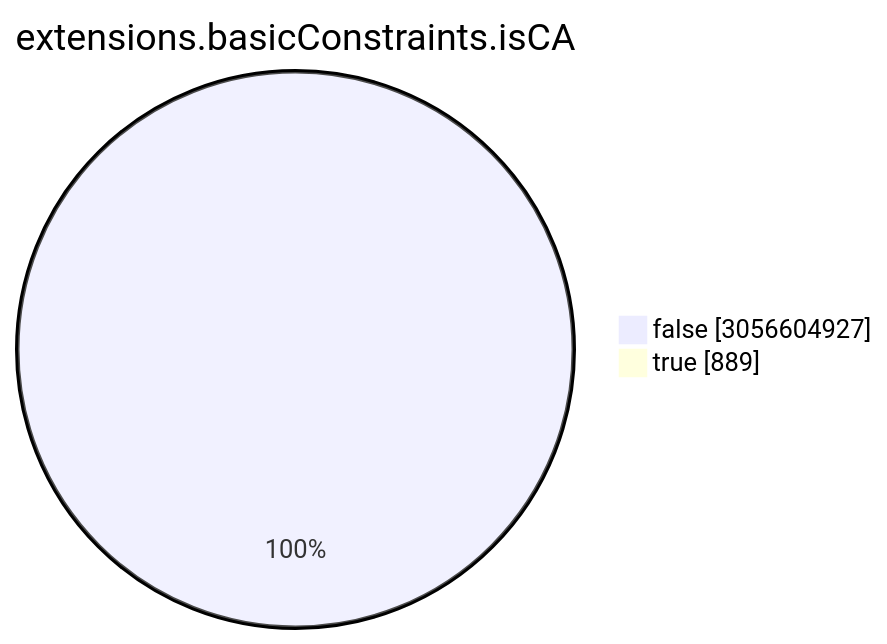
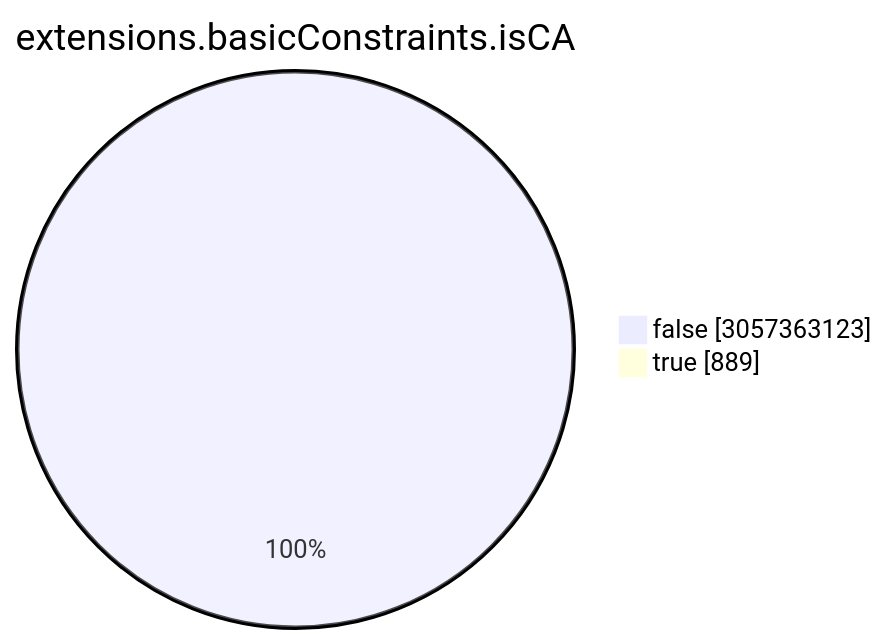
Before and after one commit to christiankrug/ctmonitor_visualization: the seventh of 15 diagrams in TOTAL/README.md, drawn with Mermaid. The commit also changed other lines of this file, not shown here.

````diff
--- a/TOTAL/README.md
+++ b/TOTAL/README.md
@@ -3086,6 +3086,6 @@
 ```mermaid
 pie showData
 title extensions.basicConstraints.isCA
-"false" :3056604927
+"false" :3057363123
 "true" :889
 ```
````
